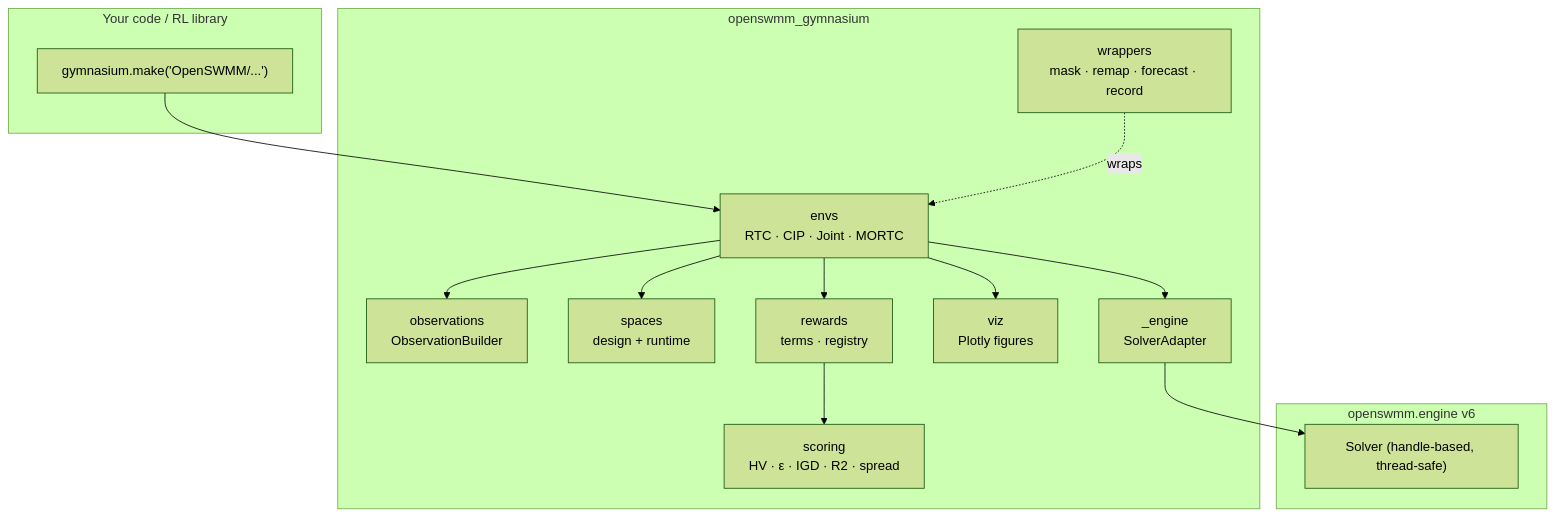
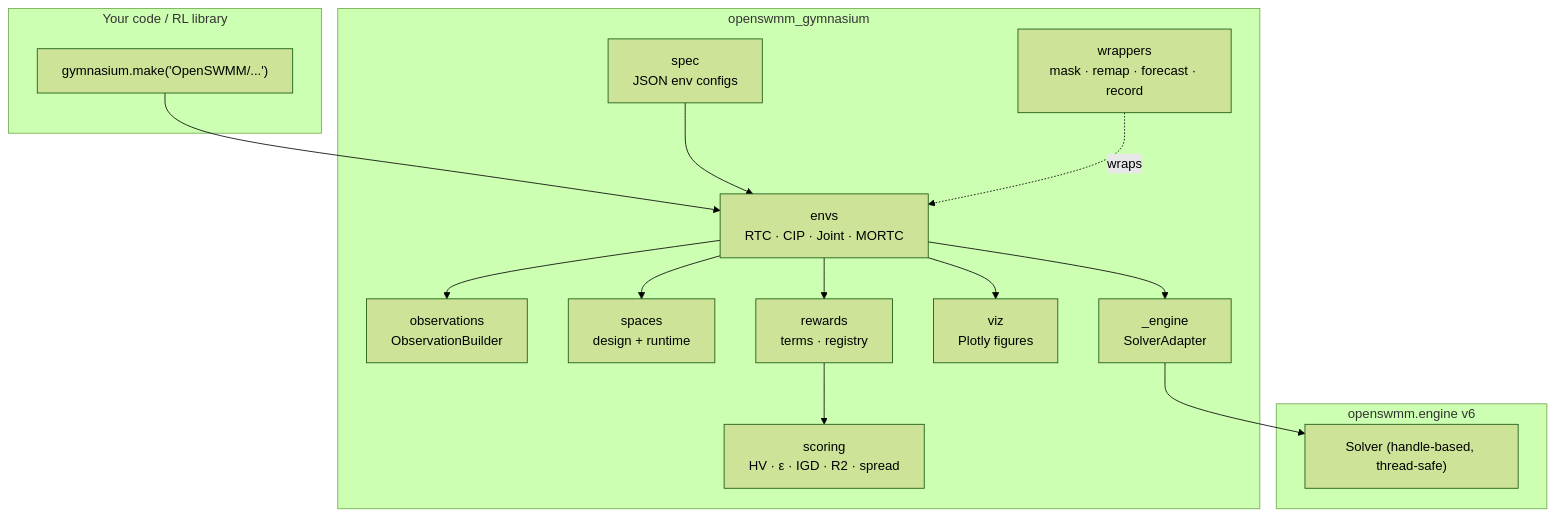
The first of 2 diagrams in README.md (HydroCouple/openswmm.gymnasium), drawn with Mermaid (forest theme) before and after one commit. The commit also changed other lines of this file and 10 other files, not shown here.

````diff
--- a/README.md
+++ b/README.md
@@ -50,31 +57,33 @@
 ```mermaid
 flowchart TB
     subgraph User["Your code / RL library"]
         A["gymnasium.make('OpenSWMM/...')"]
     end
 
     subgraph Pkg["openswmm_gymnasium"]
         ENV["envs<br/>RTC · CIP · Joint · MORTC"]
         OBS["observations<br/>ObservationBuilder"]
         ACT["spaces<br/>design + runtime"]
         REW["rewards<br/>terms · registry"]
         SCORE["scoring<br/>HV · ε · IGD · R2 · spread"]
         WRAP["wrappers<br/>mask · remap · forecast · record"]
         VIZ["viz<br/>Plotly figures"]
         ADAPT["_engine<br/>SolverAdapter"]
+        SPEC["spec<br/>JSON env configs"]
     end
 
     subgraph Engine["openswmm.engine v6"]
         SOLVER["Solver (handle-based, thread-safe)"]
     end
 
     A --> ENV
+    SPEC --> ENV
     ENV --> OBS
     ENV --> ACT
     ENV --> REW
     REW --> SCORE
     ENV --> ADAPT
     WRAP -.wraps.-> ENV
     ENV --> VIZ
     ADAPT --> SOLVER
 ```
````
